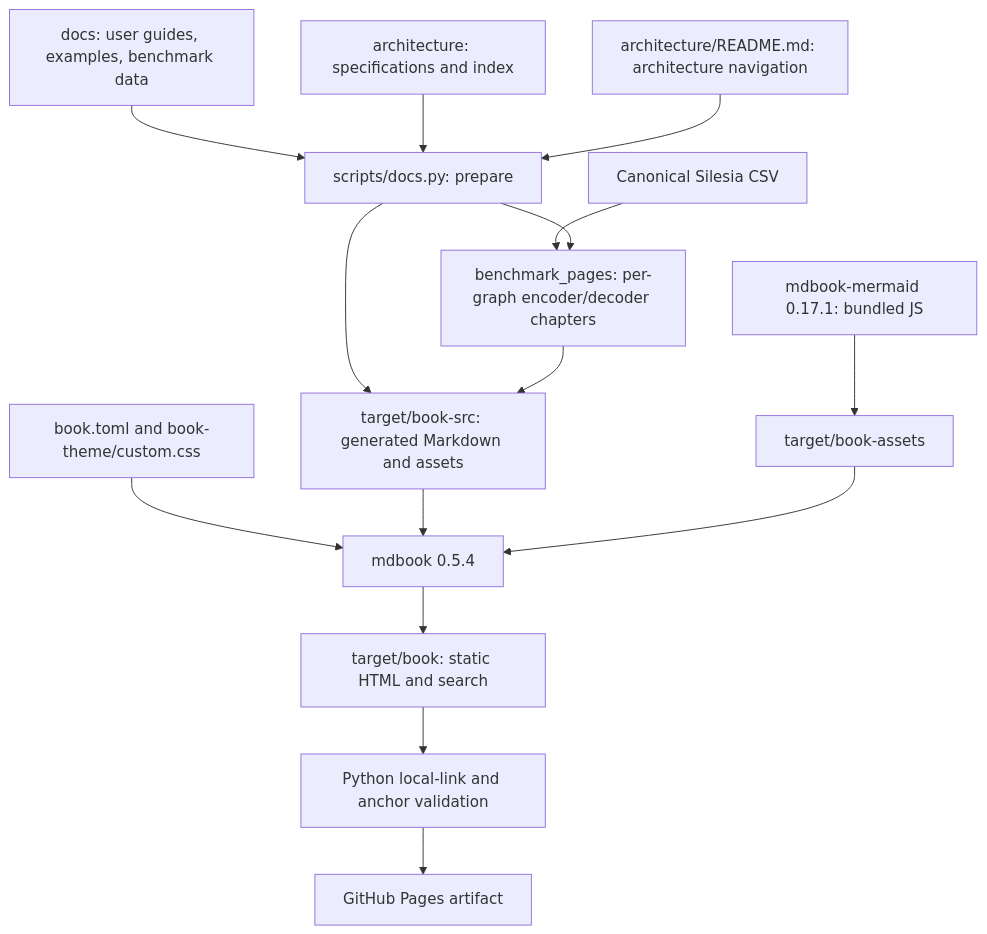
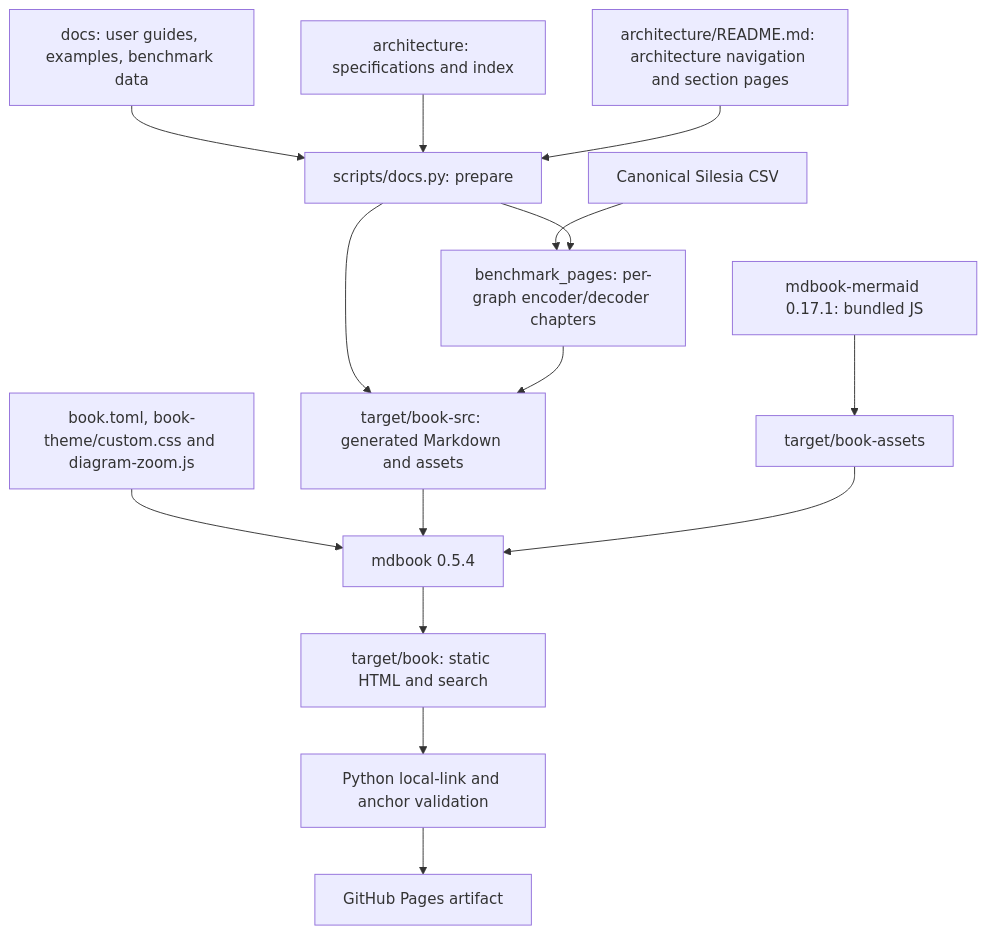
One commit to M-Compressors/mopenzl changed the first of 4 diagrams in architecture/documentation.md. Above: the diagram before and after it, drawn with Mermaid. The commit also changed other lines of this file and 20 other files, not shown here.

````diff
--- a/architecture/documentation.md
+++ b/architecture/documentation.md
@@ -10,17 +10,17 @@
 ```mermaid
 graph TD
     Guides[docs: user guides, examples, benchmark data] --> Prepare[scripts/docs.py: prepare]
     Specs[architecture: specifications and index] --> Prepare
-    Index[architecture/README.md: architecture navigation] --> Prepare
+    Index[architecture/README.md: architecture navigation and section pages] --> Prepare
     Prepare --> Source[target/book-src: generated Markdown and assets]
     CSV[Canonical Silesia CSV] --> Derive[benchmark_pages: per-graph encoder/decoder chapters]
     Prepare --> Derive
     Derive --> Source
     Mermaid[mdbook-mermaid 0.17.1: bundled JS] --> Assets[target/book-assets]
-    Config[book.toml and book-theme/custom.css] --> Build[mdbook 0.5.4]
+    Config[book.toml, book-theme/custom.css and diagram-zoom.js] --> Build[mdbook 0.5.4]
     Source --> Build
     Assets --> Build
     Build --> HTML[target/book: static HTML and search]
     HTML --> Check[Python local-link and anchor validation]
     Check --> Pages[GitHub Pages artifact]
 ```
````
